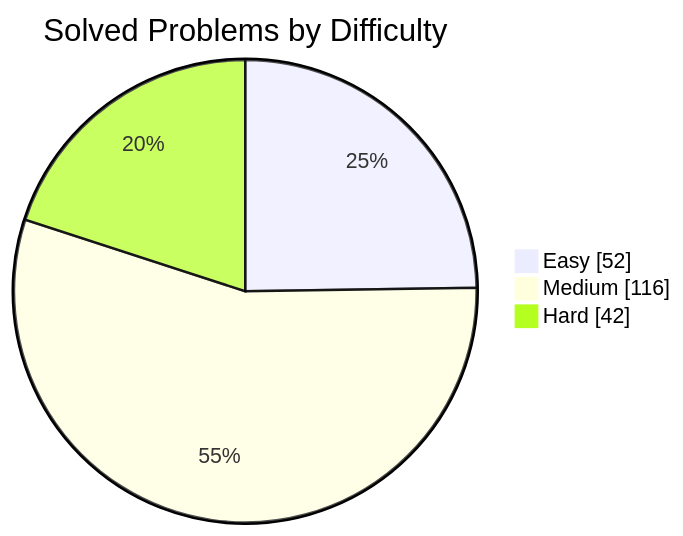
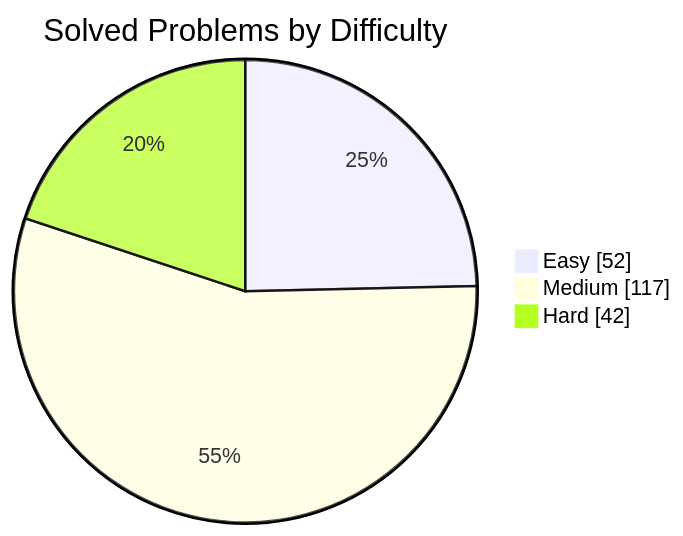
The first of 2 diagrams in README.md (manikantbindass/DSA-Preparation-FAANG), drawn with Mermaid before and after one commit. The commit also changed other lines of this file and 1 other file, not shown here.

````diff
--- a/README.md
+++ b/README.md
@@ -40,7 +40,7 @@
 ```mermaid
 pie showData
     title Solved Problems by Difficulty
     "Easy" : 52
-    "Medium" : 116
+    "Medium" : 117
     "Hard" : 42
 ```
````
